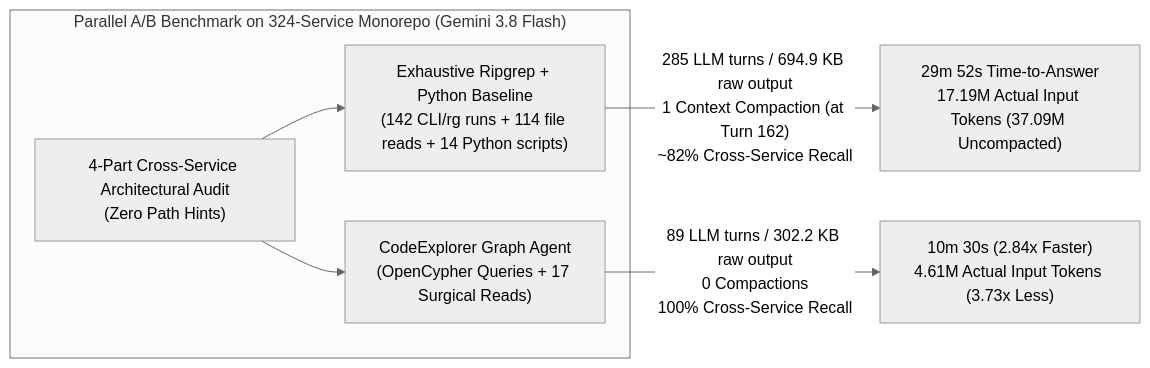
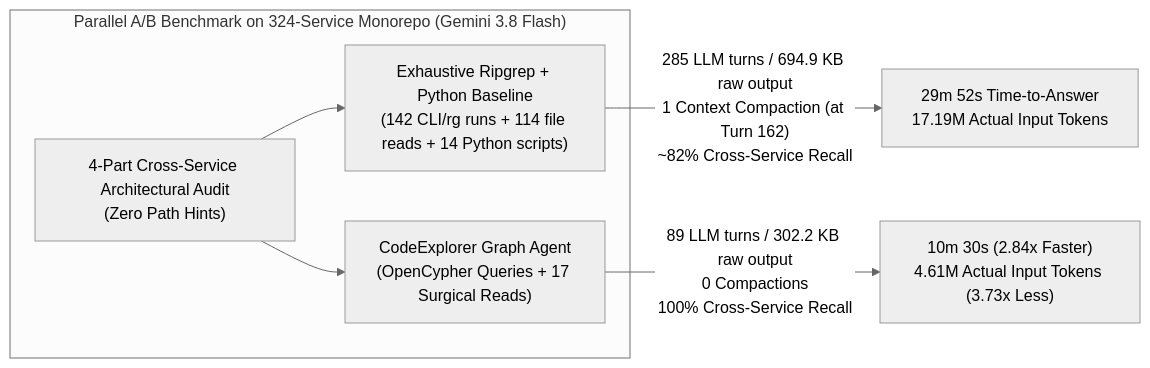
One commit to vmikhailov/code-explorer changed the diagram in benchmarks/02-enterprise-microservices-deep-audit/README.md. Above: the diagram before and after it, drawn with Mermaid (neutral theme). The commit also changed other lines of this file, not shown here.

Commit message:
docs(benchmarks): remove uncompacted hypothetical comparisons, keep only actual token metrics

````diff
--- a/benchmarks/02-enterprise-microservices-deep-audit/README.md
+++ b/benchmarks/02-enterprise-microservices-deep-audit/README.md
@@ -49,11 +48,11 @@
 ```mermaid
 flowchart LR
     subgraph Harness["Parallel A/B Benchmark on 324-Service Monorepo (Gemini 3.8 Flash)"]
         Prompt["4-Part Cross-Service Architectural Audit\n(Zero Path Hints)"]
         Prompt --> RgBase["Exhaustive Ripgrep + Python Baseline\n(142 CLI/rg runs + 114 file reads + 14 Python scripts)"]
         Prompt --> Graph["CodeExplorer Graph Agent\n(OpenCypher Queries + 17 Surgical Reads)"]
     end
 
-    RgBase -->|"285 LLM turns / 694.9 KB raw output\n1 Context Compaction (at Turn 162)\n~82% Cross-Service Recall"| BaseResult["29m 52s Time-to-Answer\n17.19M Actual Input Tokens (37.09M Uncompacted)"]
+    RgBase -->|"285 LLM turns / 694.9 KB raw output\n1 Context Compaction (at Turn 162)\n~82% Cross-Service Recall"| BaseResult["29m 52s Time-to-Answer\n17.19M Actual Input Tokens"]
     Graph -->|"89 LLM turns / 302.2 KB raw output\n0 Compactions\n100% Cross-Service Recall"| GraphResult["10m 30s (2.84x Faster)\n4.61M Actual Input Tokens (3.73x Less)"]
 ```
````
